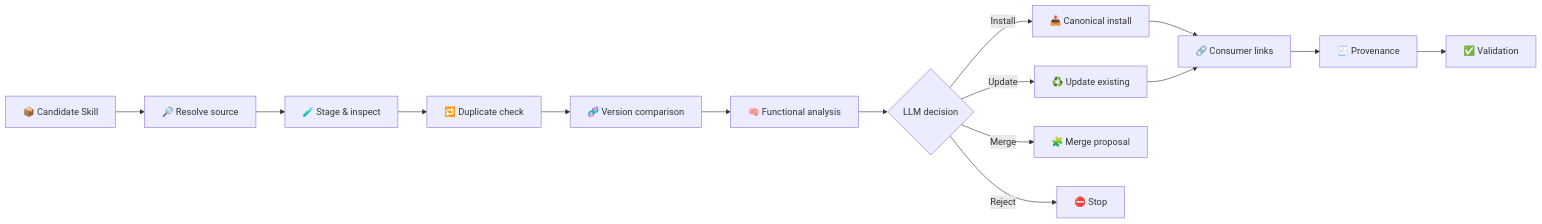
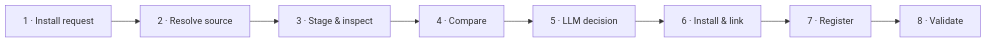
Before and after one commit to apexpeng/skill-install-workflow: the first of 3 diagrams in README.md, drawn with Mermaid. The commit also changed other lines of this file, not shown here.

````diff
--- a/README.md
+++ b/README.md
@@ -59,17 +31,10 @@
 ```mermaid
 flowchart LR
-    A["📦 Candidate Skill"] --> B["🔎 Resolve source"]
-    B --> C["🧪 Stage & inspect"]
-    C --> D["🔁 Duplicate check"]
-    D --> E["🧬 Version comparison"]
-    E --> F["🧠 Functional analysis"]
-    F --> G{"LLM decision"}
-    G -->|Install| H["📥 Canonical install"]
-    G -->|Update| I["♻️ Update existing"]
-    G -->|Merge| J["🧩 Merge proposal"]
-    G -->|Reject| K["⛔ Stop"]
-    H --> L["🔗 Consumer links"]
-    I --> L
-    L --> M["🧾 Provenance"]
-    M --> N["✅ Validation"]
+    A["1 · Install request"] --> B["2 · Resolve source"]
+    B --> C["3 · Stage & inspect"]
+    C --> D["4 · Compare"]
+    D --> E["5 · LLM decision"]
+    E --> F["6 · Install & link"]
+    F --> G["7 · Register"]
+    G --> H["8 · Validate"]
 ```
````
